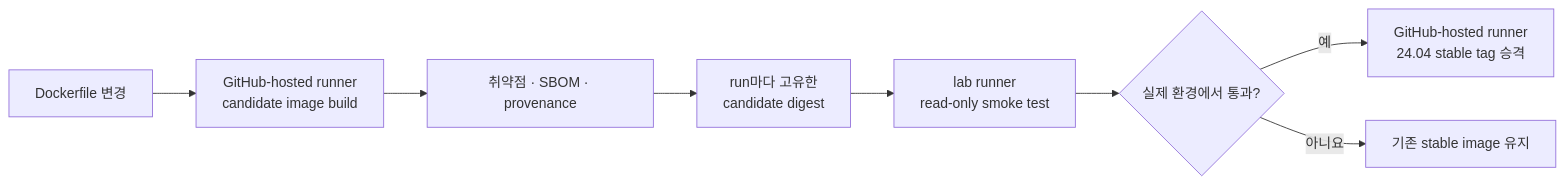
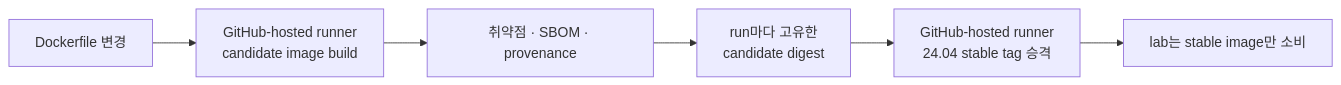
One commit to kitae0522/kitae0522.github.io changed the second of 6 diagrams in src/content/posts/2026-08-31-003.md. Above: the diagram before and after it, drawn with Mermaid. The commit also changed other lines of this file and 3 other files, not shown here.

````diff
--- a/src/content/posts/2026-08-31-003.md
+++ b/src/content/posts/2026-08-31-003.md
@@ -65,10 +67,8 @@
 ```mermaid
 flowchart LR
   Source["Dockerfile 변경"] --> Hosted["GitHub-hosted runner\ncandidate image build"]
   Hosted --> Scan["취약점 · SBOM · provenance"]
   Scan --> Digest["run마다 고유한\ncandidate digest"]
-  Digest --> Lab["lab runner\nread-only smoke test"]
-  Lab --> Pass{"실제 환경에서 통과?"}
-  Pass -->|"예"| Promote["GitHub-hosted runner\n24.04 stable tag 승격"]
-  Pass -->|"아니요"| Keep["기존 stable image 유지"]
+  Digest --> Promote["GitHub-hosted runner\n24.04 stable tag 승격"]
+  Promote --> Lab["lab는 stable image만 소비"]
 ```
````
